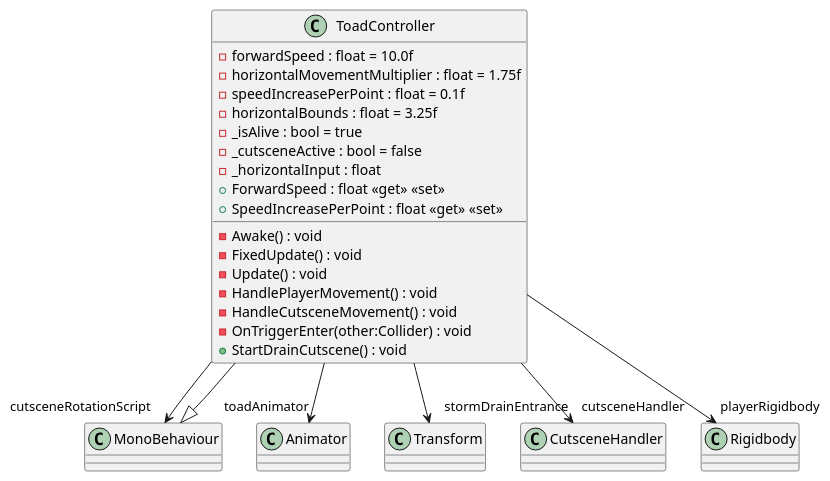
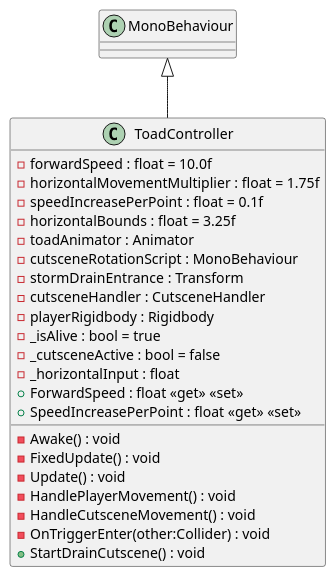
Before and after one commit to RadicalReptile/ToadRunnerStudy: the diagram in UML/Assets/Scripts/ToadController.puml, drawn with PlantUML. The commit also changed 15 other files, not shown here.

Commit message:
Generate UML (Generate UML)

```diff
--- a/UML/Assets/Scripts/ToadController.puml
+++ b/UML/Assets/Scripts/ToadController.puml
@@ -1,26 +1,26 @@
 @startuml
 class ToadController {
     - forwardSpeed : float = 10.0f
     - horizontalMovementMultiplier : float = 1.75f
     - speedIncreasePerPoint : float = 0.1f
     - horizontalBounds : float = 3.25f
+    - toadAnimator : Animator
+    - cutsceneRotationScript : MonoBehaviour
+    - stormDrainEntrance : Transform
+    - cutsceneHandler : CutsceneHandler
+    - playerRigidbody : Rigidbody
     - _isAlive : bool = true
     - _cutsceneActive : bool = false
     - _horizontalInput : float
     + ForwardSpeed : float <<get>> <<set>>
     + SpeedIncreasePerPoint : float <<get>> <<set>>
     - Awake() : void
     - FixedUpdate() : void
     - Update() : void
     - HandlePlayerMovement() : void
     - HandleCutsceneMovement() : void
     - OnTriggerEnter(other:Collider) : void
     + StartDrainCutscene() : void
 }
 MonoBehaviour <|-- ToadController
-ToadController --> "toadAnimator" Animator
-ToadController --> "cutsceneRotationScript" MonoBehaviour
-ToadController --> "stormDrainEntrance" Transform
-ToadController --> "cutsceneHandler" CutsceneHandler
-ToadController --> "playerRigidbody" Rigidbody
 @enduml
```
